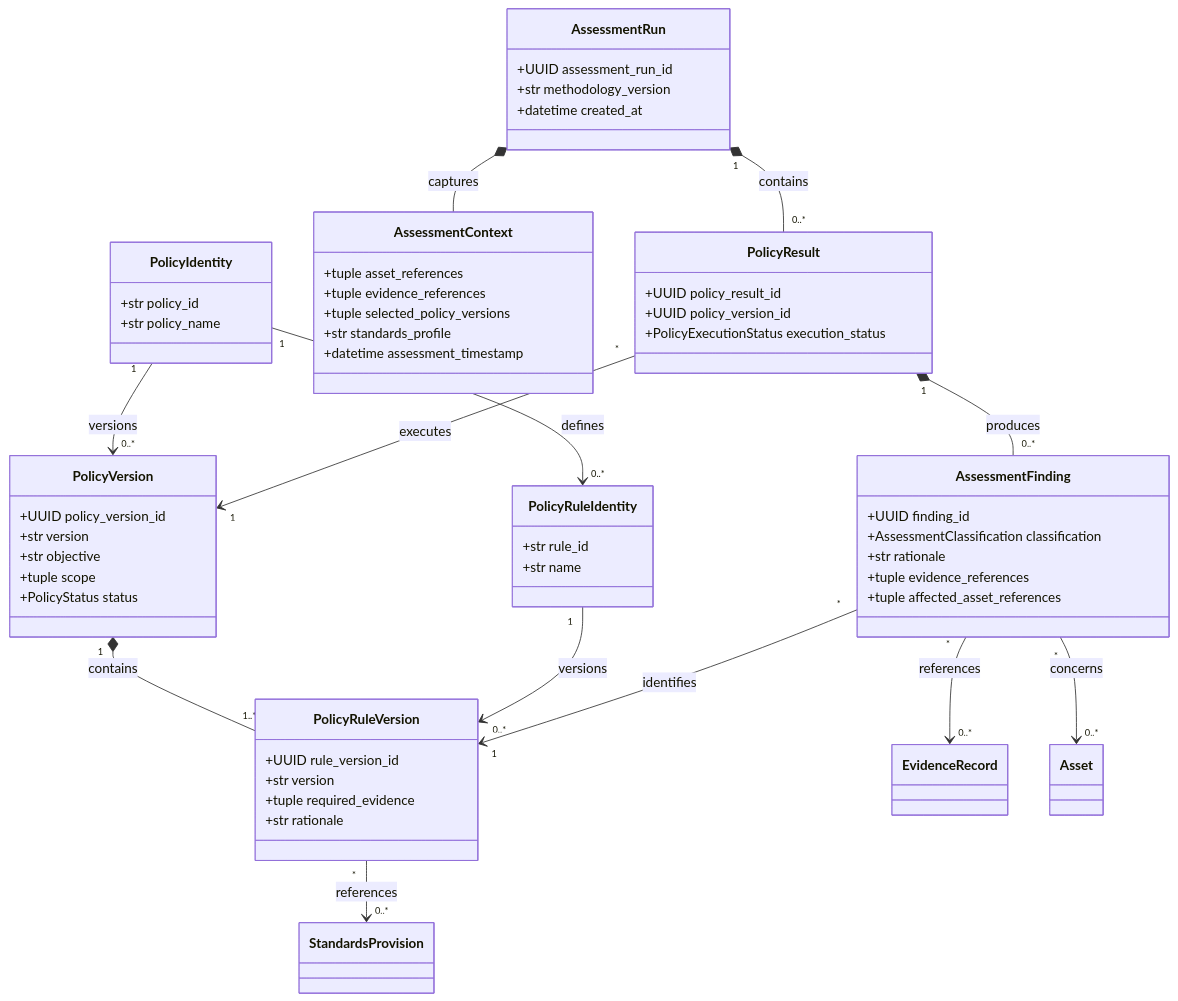
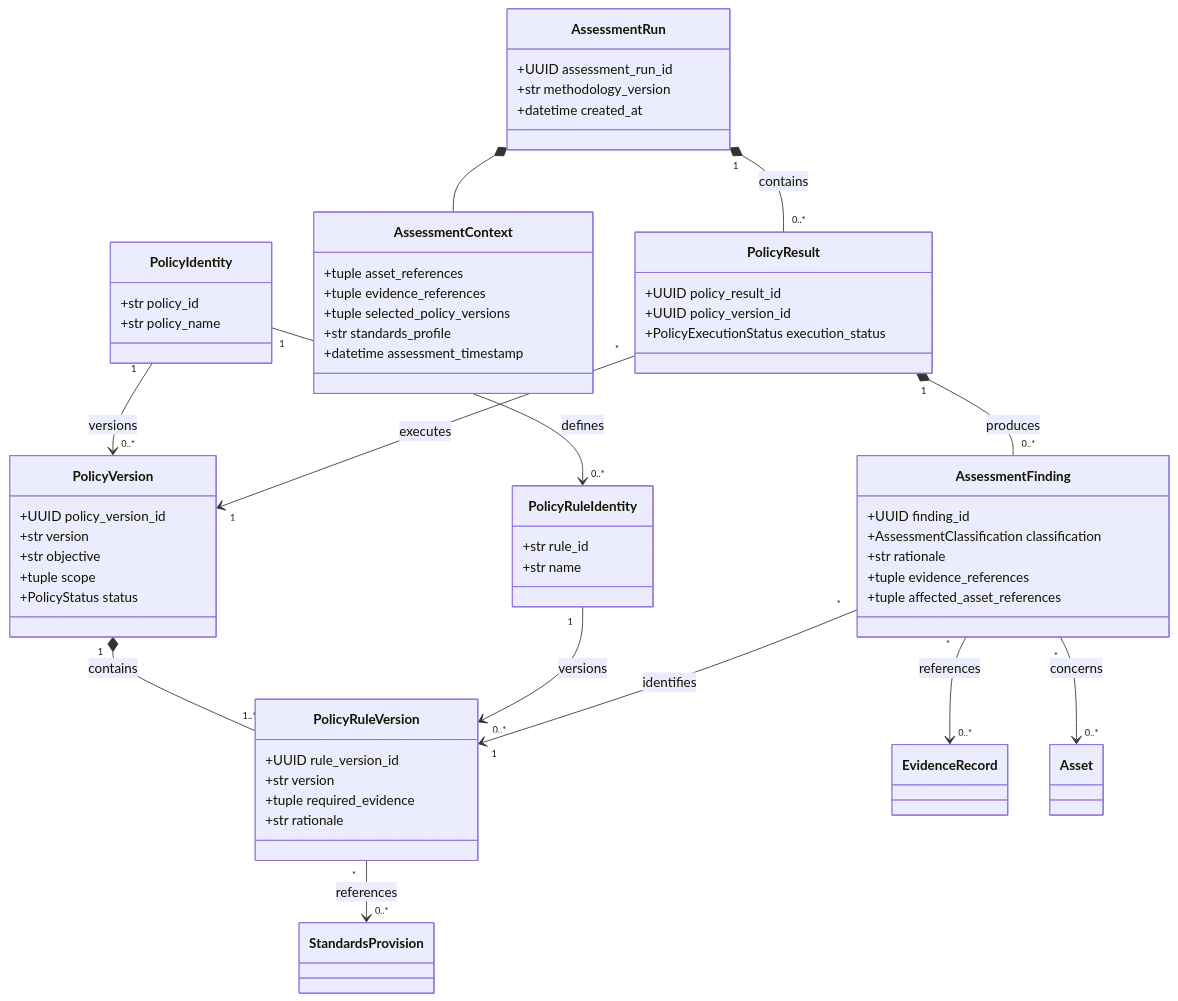
The seventh of 8 diagrams in docs/architecture/domain/domain-class-diagram.md (git-loa/cryptographic-inventory-pqc-risk-assessment), drawn with Mermaid before and after one commit. The commit also changed other lines of this file and 9 other files, not shown here.

Commit message:
feature: refactor relationship rules / docs: rewrite domain architecture documentation

````diff
--- a/docs/architecture/domain/domain-class-diagram.md
+++ b/docs/architecture/domain/domain-class-diagram.md
@@ -281,72 +307,72 @@
 ```mermaid
 classDiagram
     class PolicyIdentity {
         +str policy_id
         +str policy_name
     }
 
     class PolicyVersion {
         +UUID policy_version_id
         +str version
         +str objective
         +tuple scope
         +PolicyStatus status
     }
 
     class PolicyRuleIdentity {
         +str rule_id
         +str name
     }
 
     class PolicyRuleVersion {
         +UUID rule_version_id
         +str version
         +tuple required_evidence
         +str rationale
     }
 
     class AssessmentContext {
         +tuple asset_references
         +tuple evidence_references
         +tuple selected_policy_versions
         +str standards_profile
         +datetime assessment_timestamp
     }
 
     class AssessmentRun {
         +UUID assessment_run_id
         +str methodology_version
         +datetime created_at
     }
 
     class PolicyResult {
         +UUID policy_result_id
         +UUID policy_version_id
         +PolicyExecutionStatus execution_status
     }
 
     class AssessmentFinding {
         +UUID finding_id
         +AssessmentClassification classification
         +str rationale
         +tuple evidence_references
         +tuple affected_asset_references
     }
 
     PolicyIdentity "1" --> "0..*" PolicyVersion : versions
     PolicyIdentity "1" --> "0..*" PolicyRuleIdentity : defines
 
     PolicyVersion "1" *-- "1..*" PolicyRuleVersion : contains
     PolicyRuleIdentity "1" --> "0..*" PolicyRuleVersion : versions
 
     PolicyRuleVersion "*" --> "0..*" StandardsProvision : references
 
-    AssessmentRun *-- AssessmentContext : captures
+    AssessmentRun *-- AssessmentContext
     AssessmentRun "1" *-- "0..*" PolicyResult : contains
     PolicyResult "*" --> "1" PolicyVersion : executes
     PolicyResult "1" *-- "0..*" AssessmentFinding : produces
 
     AssessmentFinding "*" --> "1" PolicyRuleVersion : identifies
     AssessmentFinding "*" --> "0..*" EvidenceRecord : references
     AssessmentFinding "*" --> "0..*" Asset : concerns
 ```
````
